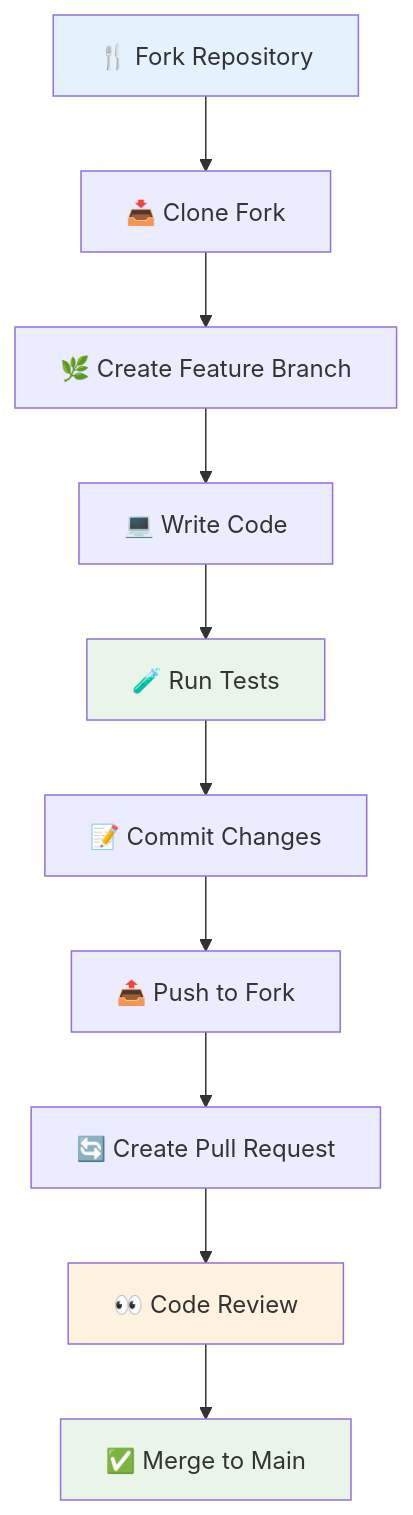
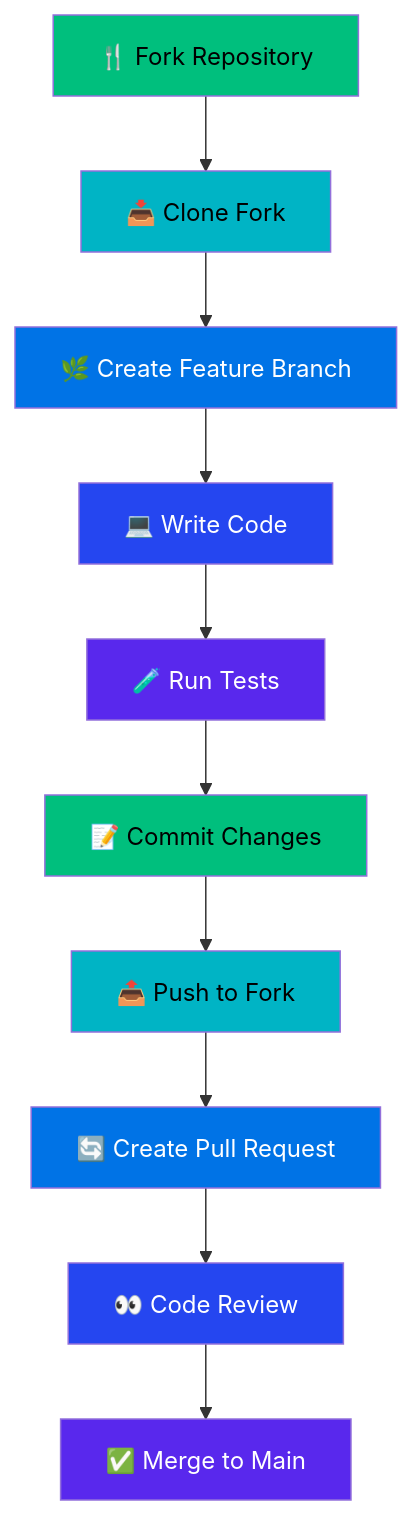
Before and after one commit to elementalcollision/vcf_analysis: diagram 12 of 13 in README.md, drawn with Mermaid. The commit also changed other lines of this file and 1 other file, not shown here.

````diff
--- a/README.md
+++ b/README.md
@@ -891,17 +912,23 @@
 ```mermaid
 flowchart TD
     FORK[🍴 Fork Repository] --> CLONE[📥 Clone Fork]
     CLONE --> BRANCH[🌿 Create Feature Branch]
     BRANCH --> CODE[💻 Write Code]
     CODE --> TEST[🧪 Run Tests]
     TEST --> COMMIT[📝 Commit Changes]
     COMMIT --> PUSH[📤 Push to Fork]
     PUSH --> PR[🔄 Create Pull Request]
     PR --> REVIEW[👀 Code Review]
     REVIEW --> MERGE[✅ Merge to Main]
     
-    style FORK fill:#e3f2fd
-    style TEST fill:#e8f5e8
-    style REVIEW fill:#fff3e0
-    style MERGE fill:#e8f5e8
+    style FORK fill:#00bf7d,color:#000000
+    style CLONE fill:#00b4c5,color:#000000
+    style BRANCH fill:#0073e6,color:#ffffff
+    style CODE fill:#2546f0,color:#ffffff
+    style TEST fill:#5928ed,color:#ffffff
+    style COMMIT fill:#00bf7d,color:#000000
+    style PUSH fill:#00b4c5,color:#000000
+    style PR fill:#0073e6,color:#ffffff
+    style REVIEW fill:#2546f0,color:#ffffff
+    style MERGE fill:#5928ed,color:#ffffff
 ```
````
